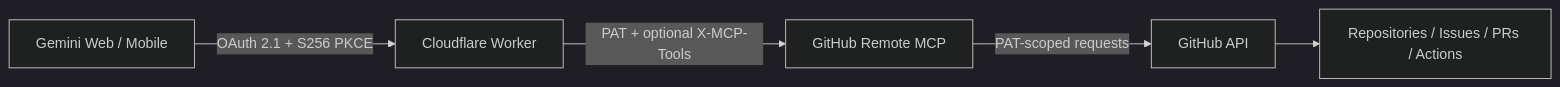
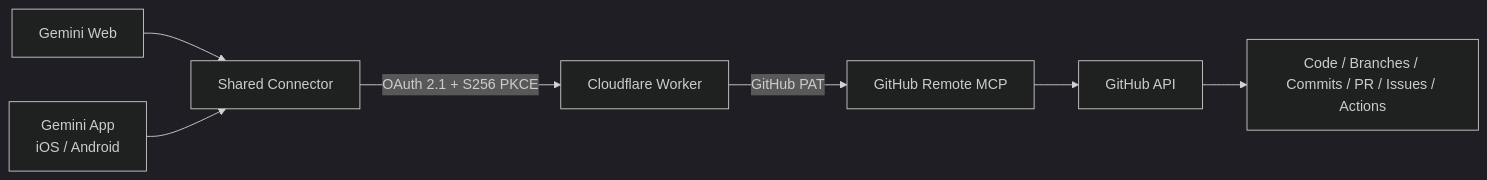
One commit to hrygo/gemini-github-mcp-proxy changed the diagram in README.en.md. Above: the diagram before and after it, drawn with Mermaid (dark theme). The commit also changed other lines of this file and 3 other files, not shown here.

````diff
--- a/README.en.md
+++ b/README.en.md
@@ -81,7 +47,9 @@
 ```mermaid
 flowchart LR
-    G[Gemini Web / Mobile] -->|OAuth 2.1 + S256 PKCE| W[Cloudflare Worker]
-    W -->|PAT + optional X-MCP-Tools| M[GitHub Remote MCP]
-    M -->|PAT-scoped requests| A[GitHub API]
-    A --> R[Repositories / Issues / PRs / Actions]
+    GW[Gemini Web] --> C[Shared Connector]
+    GA[Gemini App\niOS / Android] --> C
+    C -->|OAuth 2.1 + S256 PKCE| W[Cloudflare Worker]
+    W -->|GitHub PAT| M[GitHub Remote MCP]
+    M --> A[GitHub API]
+    A --> R[Code / Branches / Commits / PR / Issues / Actions]
 ```
````
